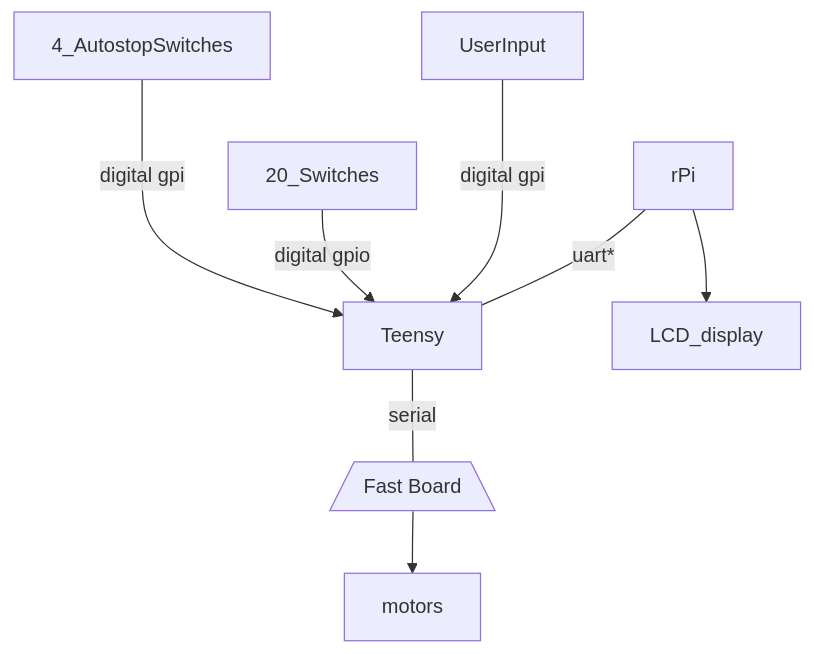
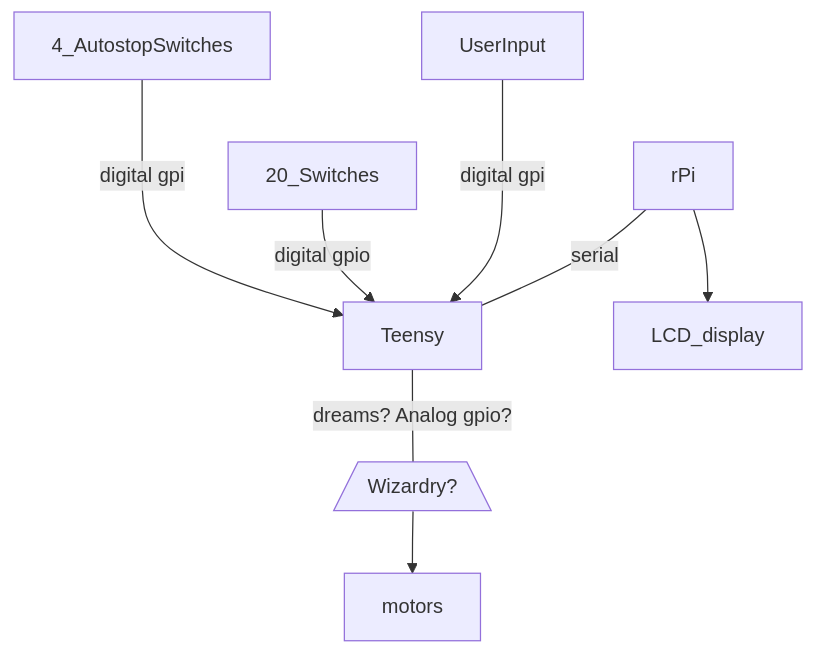
One commit to Harrolee/teensy_pinball changed the diagram in README.md. Above: the diagram before and after it, drawn with Mermaid. The commit also changed 2 other files, not shown here.

Commit message:
start rough draft of tipsy

````diff
--- a/README.md
+++ b/README.md
@@ -2,10 +2,10 @@
 ```mermaid
 graph TD;
-    rPi-- uart* ---Teensy;
+    rPi-- serial ---Teensy;
     rPi-->LCD_display
-    Teensy-- serial ---FH[/Fast Board\]
+    Teensy-- dreams? Analog gpio? ---FH[/Wizardry?\]
     FH --> motors
     UserInput-- digital gpio-->Teensy
     20_Switches-- digital gpio -->Teensy
     4_AutostopSwitches-- digital gpio-->Teensy
 ```
````
